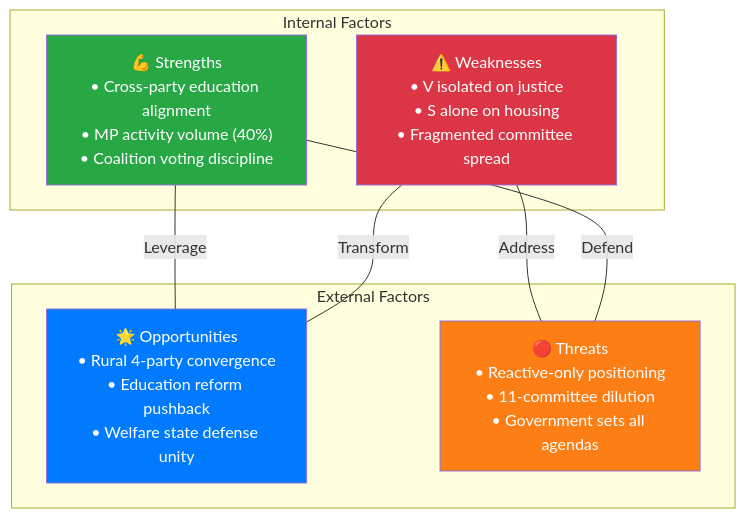
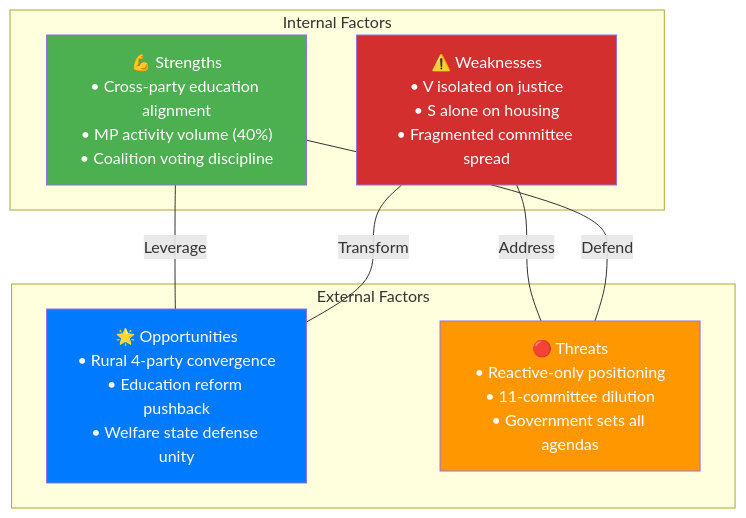
The second of 2 diagrams in analysis/daily/2026-04-03/motions/swot-analysis.md (Hack23/riksdagsmonitor), drawn with Mermaid before and after one commit. The commit also changed 785 other files, not shown here.

First line of the commit message:
Normalize mermaid colors across 786 analysis artifacts to ISMS Style Guide palette

````diff
--- a/analysis/daily/2026-04-03/motions/swot-analysis.md
+++ b/analysis/daily/2026-04-03/motions/swot-analysis.md
@@ -119,19 +119,19 @@
 ```mermaid
 flowchart TB
     subgraph Internal["Internal Factors"]
         S["💪 Strengths<br/>• Cross-party education alignment<br/>• MP activity volume (40%)<br/>• Coalition voting discipline"]
         W["⚠️ Weaknesses<br/>• V isolated on justice<br/>• S alone on housing<br/>• Fragmented committee spread"]
     end
     subgraph External["External Factors"]
         O["🌟 Opportunities<br/>• Rural 4-party convergence<br/>• Education reform pushback<br/>• Welfare state defense unity"]
         T["🔴 Threats<br/>• Reactive-only positioning<br/>• 11-committee dilution<br/>• Government sets all agendas"]
     end
     S ---|"Leverage"| O
     W ---|"Address"| T
     S ---|"Defend"| T
     W ---|"Transform"| O
-    style S fill:#28a745,color:#fff
-    style W fill:#dc3545,color:#fff
-    style O fill:#007bff,color:#fff
-    style T fill:#fd7e14,color:#fff
+    style S fill:#4CAF50,color:#FFFFFF
+    style W fill:#D32F2F,color:#FFFFFF
+    style O fill:#007bff,color:#FFFFFF
+    style T fill:#FF9800,color:#FFFFFF
 ```
````
